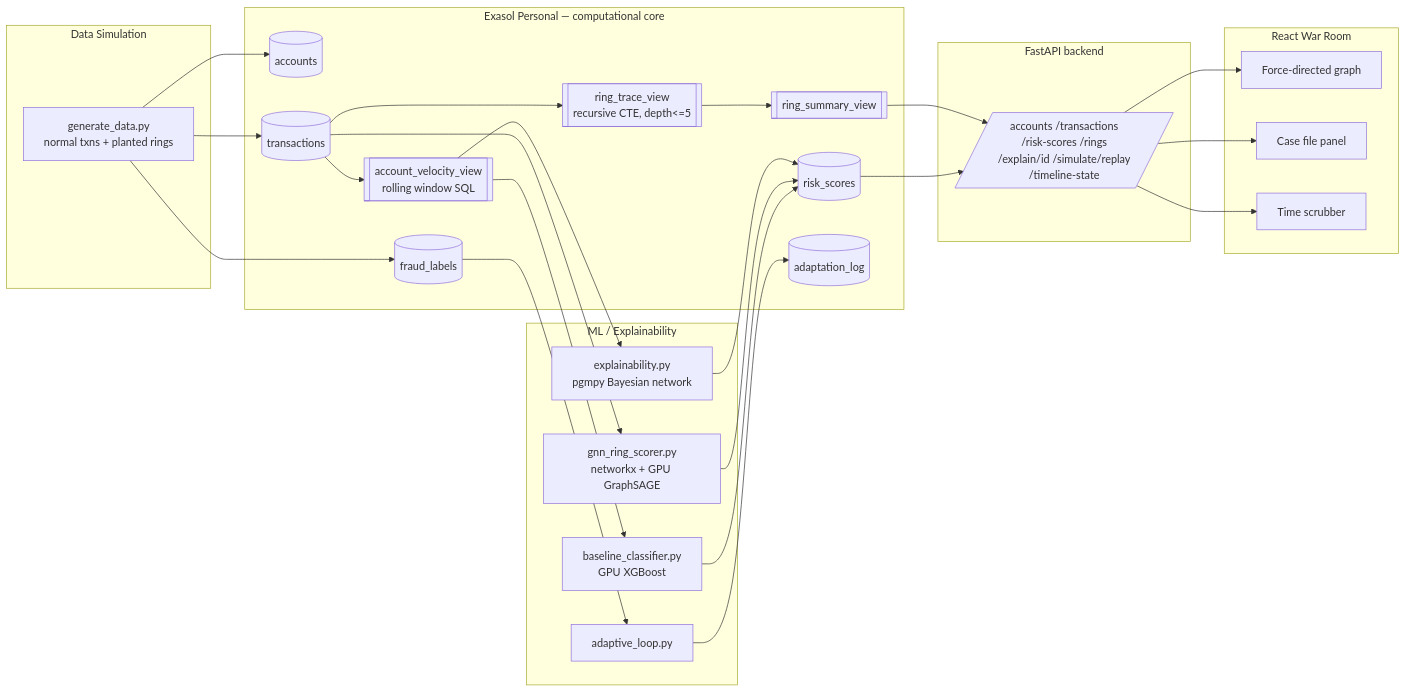
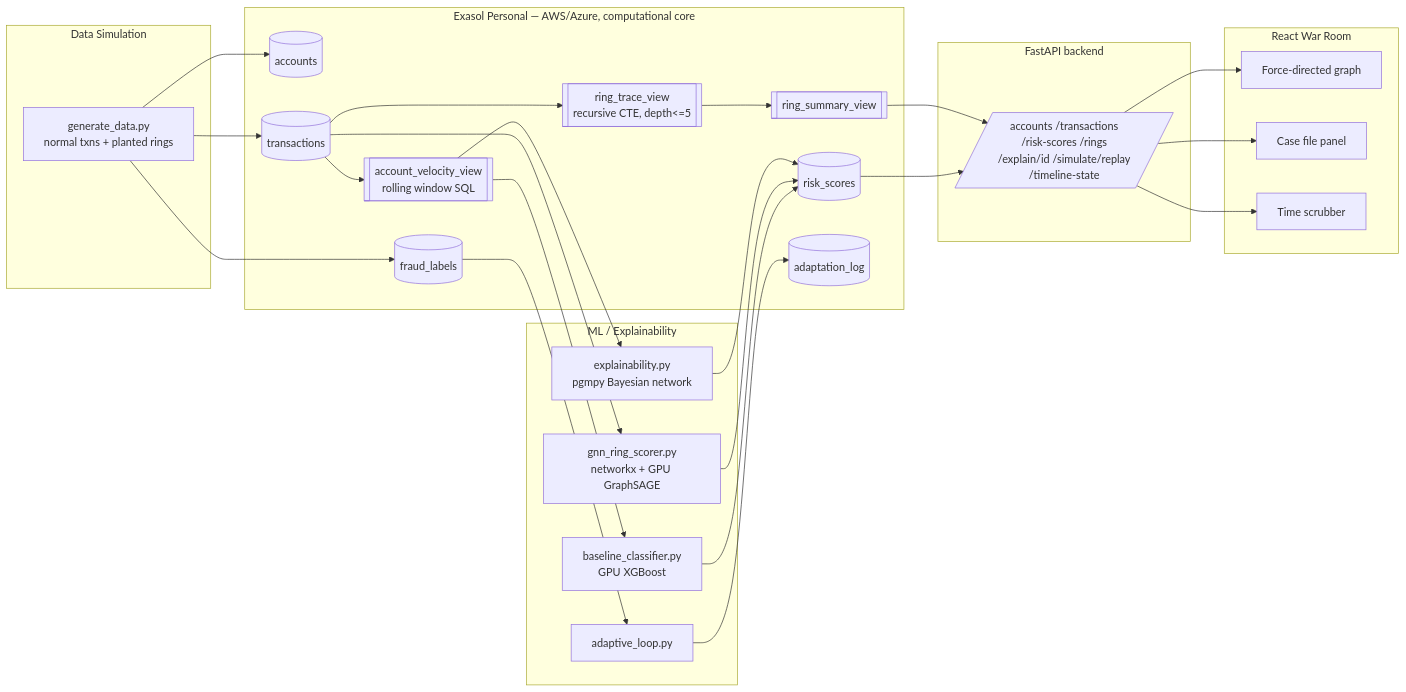
Before and after one commit to s2kumar2007/Aegis: the diagram in README.md, drawn with Mermaid. The commit also changed other lines of this file and 3 other files, not shown here.

Commit message:
refactor: migrate to external Exasol Personal deployment

````diff
--- a/README.md
+++ b/README.md
@@ -16,44 +16,44 @@
 ```mermaid
 flowchart LR
     subgraph Sim[Data Simulation]
         GEN[generate_data.py<br/>normal txns + planted rings]
     end
 
-    subgraph Exasol[Exasol Personal — computational core]
+    subgraph Exasol[Exasol Personal — AWS/Azure, computational core]
         T1[(accounts)]
         T2[(transactions)]
         T3[(fraud_labels)]
         V1[[account_velocity_view<br/>rolling window SQL]]
         V2[[ring_trace_view<br/>recursive CTE, depth<=5]]
         V3[[ring_summary_view]]
         T4[(risk_scores)]
         T5[(adaptation_log)]
     end
 
     subgraph ML[ML / Explainability]
         BASE[baseline_classifier.py<br/>GPU XGBoost]
         GNN[gnn_ring_scorer.py<br/>networkx + GPU GraphSAGE]
         BN[explainability.py<br/>pgmpy Bayesian network]
         ADAPT[adaptive_loop.py]
     end
 
     subgraph API[FastAPI backend]
         EP[/accounts /transactions<br/>/risk-scores /rings<br/>/explain/id /simulate/replay<br/>/timeline-state/]
     end
 
     subgraph UI[React War Room]
         GRAPH[Force-directed graph]
         CASE[Case file panel]
         SCRUB[Time scrubber]
     end
 
     GEN --> T1 & T2 & T3
     T2 --> V1 --> BASE
     T2 --> V2 --> V3
     BASE --> T4
     T2 --> GNN --> T4
     V1 --> BN --> T4
     T3 --> ADAPT --> T5
     T4 & V3 --> EP
     EP --> GRAPH & CASE & SCRUB
 ```
````
